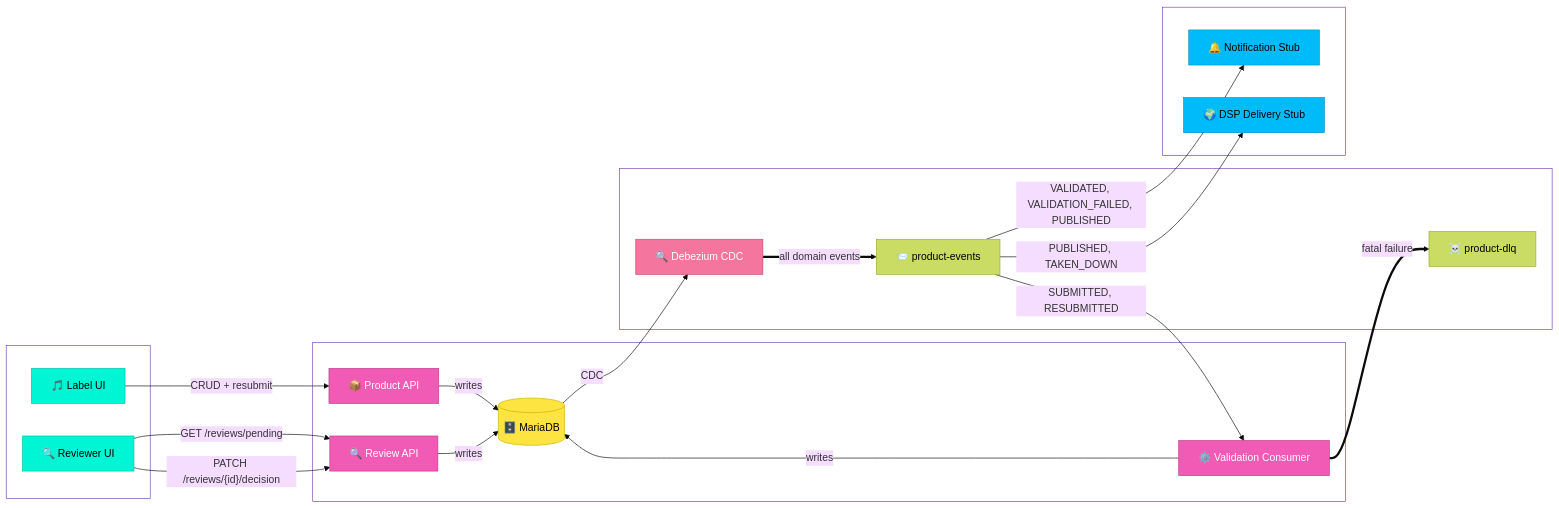
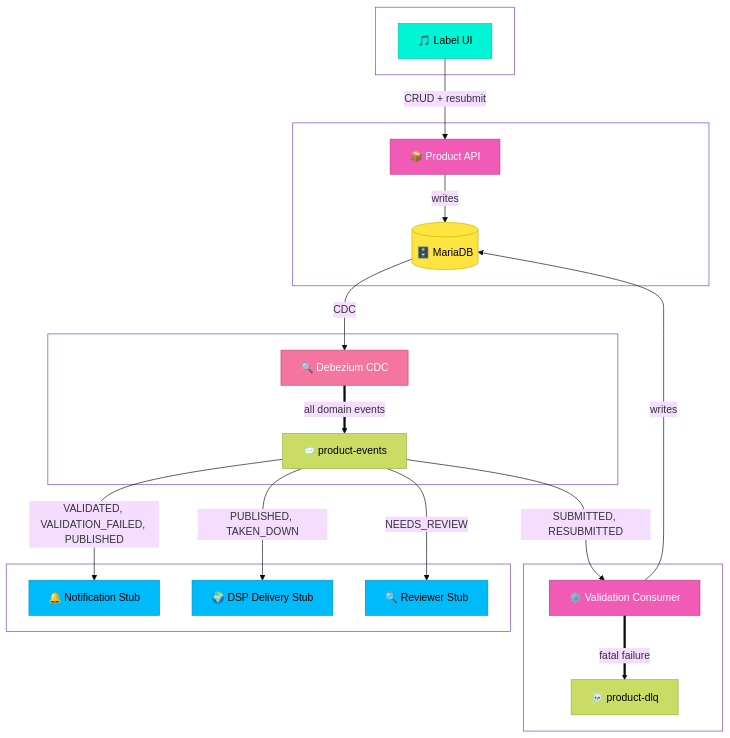
The diagram in README.md (thisteensy/product-validation-service), drawn with Mermaid before and after one commit. The commit also changed other lines of this file and 10 other files, not shown here.

Commit message:
refactor: reframe as product catalog, clean domain, add status transitions, update diagrams

````diff
--- a/README.md
+++ b/README.md
@@ -13,61 +15,60 @@
 ```mermaid
 ---
 config:
   layout: dagre
   theme: base
 ---
-flowchart LR
+flowchart TB
  subgraph Clients["Clients"]
         LABEL_UI["🎵 Label UI"]
-        RUI["🔍 Reviewer UI"]
   end
- subgraph Core["QC Service"]
+ subgraph Core["Product Catalog Service"]
         PAPI["📦 Product API"]
-        RAPI["🔍 Review API"]
-        CONSUMER["⚙️ Validation Consumer"]
         DB[("🗄️ MariaDB")]
   end
  subgraph Stream["Event Stream"]
         DEB["🔍 Debezium CDC"]
         T1["📨 product-events"]
+  end
+ subgraph QC["Validation Consumer"]
+        CONSUMER["⚙️ Validation Consumer"]
         T2["☠️ product-dlq"]
   end
  subgraph Downstream["Downstream"]
         NOTIFY["🔔 Notification Stub"]
         DSP["🌍 DSP Delivery Stub"]
+        REVIEWER["🔍 Reviewer Stub"]
   end
     LABEL_UI -- "CRUD + resubmit" --> PAPI
-    RUI -- "GET /reviews/pending" --> RAPI
-    RUI -- "PATCH /reviews/{id}/decision" --> RAPI
     PAPI -- writes --> DB
-    RAPI -- writes --> DB
     CONSUMER -- writes --> DB
     DB -- CDC --> DEB
     DEB == all domain events ==> T1
     T1 -- SUBMITTED, RESUBMITTED --> CONSUMER
     CONSUMER == fatal failure ==> T2
     T1 -- VALIDATED, VALIDATION_FAILED, PUBLISHED --> NOTIFY
     T1 -- PUBLISHED, TAKEN_DOWN --> DSP
+    T1 -- NEEDS_REVIEW --> REVIEWER
 
      LABEL_UI:::external
-     RUI:::external
      PAPI:::service
-     RAPI:::service
      CONSUMER:::service
      DB:::storage
      DEB:::infra
      T1:::topic
      T2:::topic
      NOTIFY:::stub
      DSP:::stub
+     REVIEWER:::stub
     classDef external fill:#00F5D4,stroke:#00C4A9,color:#000
     classDef service fill:#F15BB5,stroke:#C1398A,color:#fff
     classDef infra fill:#F4769E,stroke:#C44870,color:#fff
     classDef storage fill:#FEE440,stroke:#C9B400,color:#000
     classDef topic fill:#CBDC65,stroke:#9AAD3A,color:#000
     classDef stub fill:#00BBF9,stroke:#0090C9,color:#000
     style Clients fill:#fff,stroke:#7a3db8,color:#fff
     style Core fill:#fff,stroke:#7a3db8,color:#fff
     style Stream fill:#fff,stroke:#7a3db8,color:#fff
+    style QC fill:#fff,stroke:#7a3db8,color:#fff
     style Downstream fill:#fff,stroke:#7a3db8,color:#fff
 ```
````
